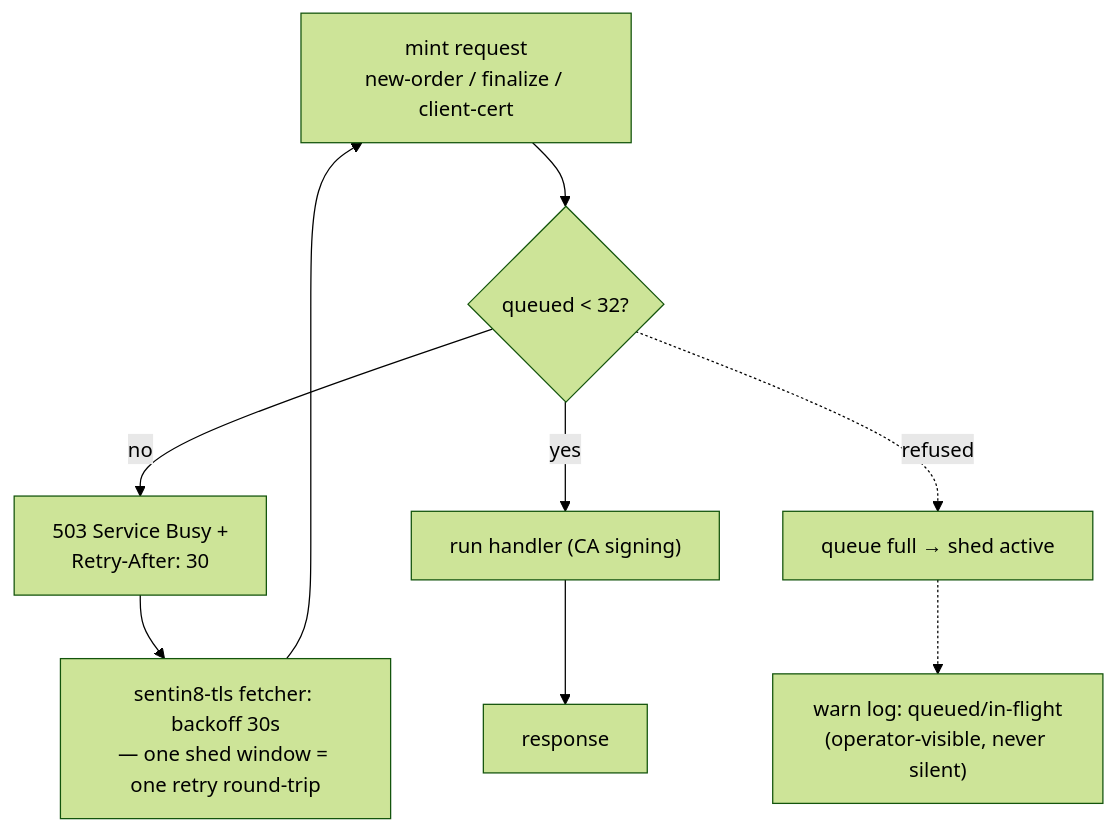
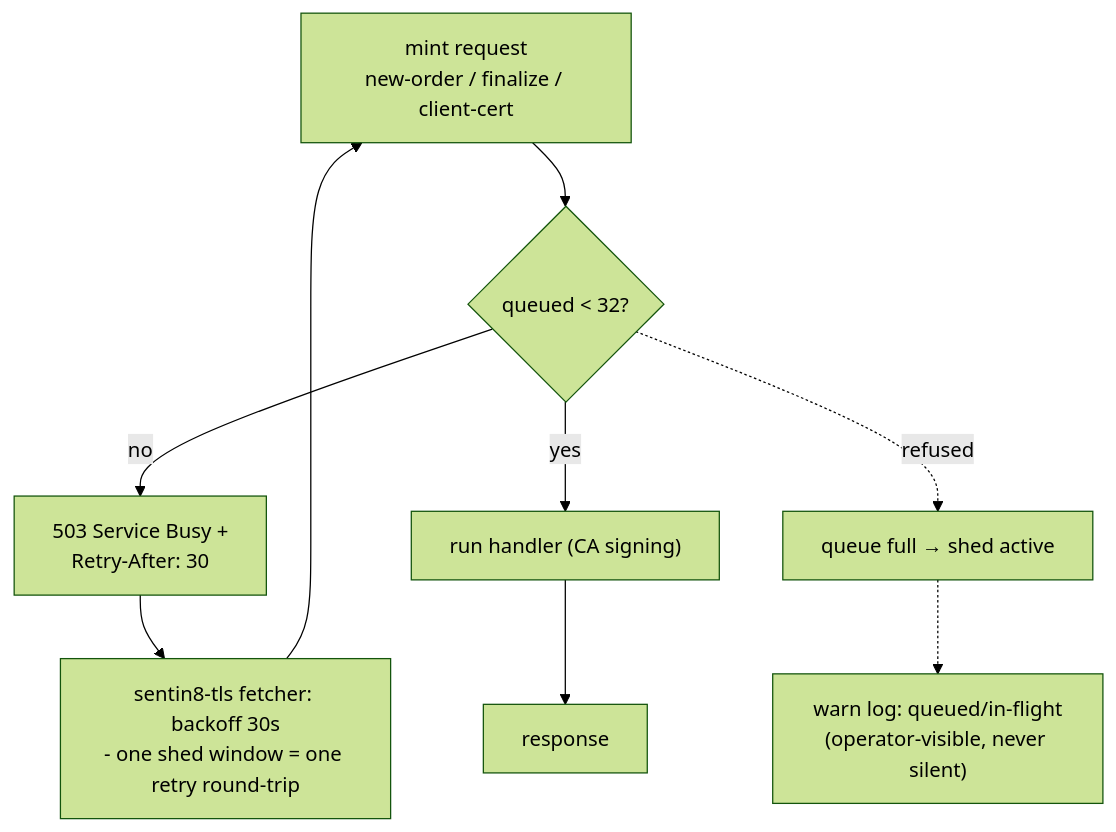
The tenth of 10 diagrams in docs/services/acme/design.md (Sentin8/sentin8-site), drawn with Mermaid (forest theme) before and after one commit. The commit also changed other lines of this file and 105 other files, not shown here.

````diff
--- a/docs/services/acme/design.md
+++ b/docs/services/acme/design.md
@@ -517,11 +517,11 @@
 ```mermaid
 flowchart TD
     REQ[mint request<br/>new-order / finalize / client-cert] --> Q{queued < 32?}
     Q -- no --> S503["503 Service Busy +<br/>Retry-After: 30"]
-    S503 --> BACK["sentin8-tls fetcher: backoff 30s<br/>— one shed window = one retry round-trip"]
+    S503 --> BACK["sentin8-tls fetcher: backoff 30s<br/>- one shed window = one retry round-trip"]
     BACK --> REQ
     Q -- yes --> RUN["run handler (CA signing)" ]
     RUN --> RESP[response]
     INCR["queue full → shed active"] -.-> MONLOG["warn log: queued/in-flight<br/>(operator-visible, never silent)"]
     Q -. refused .-> INCR
 ```
````
